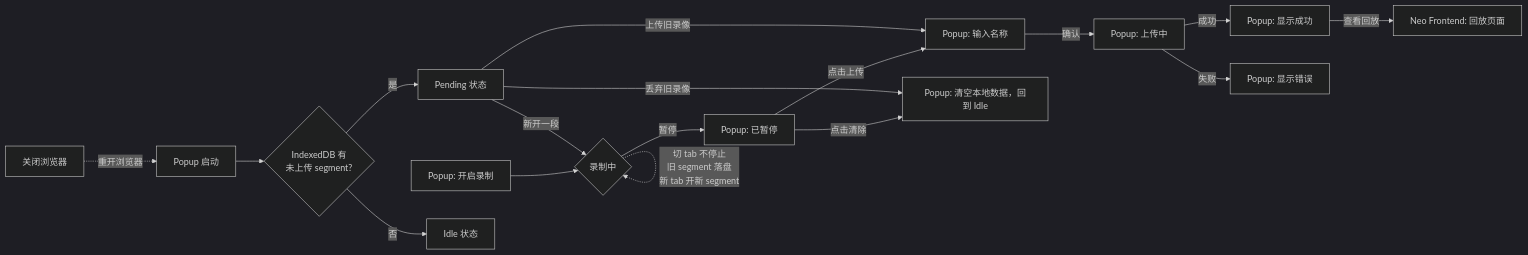
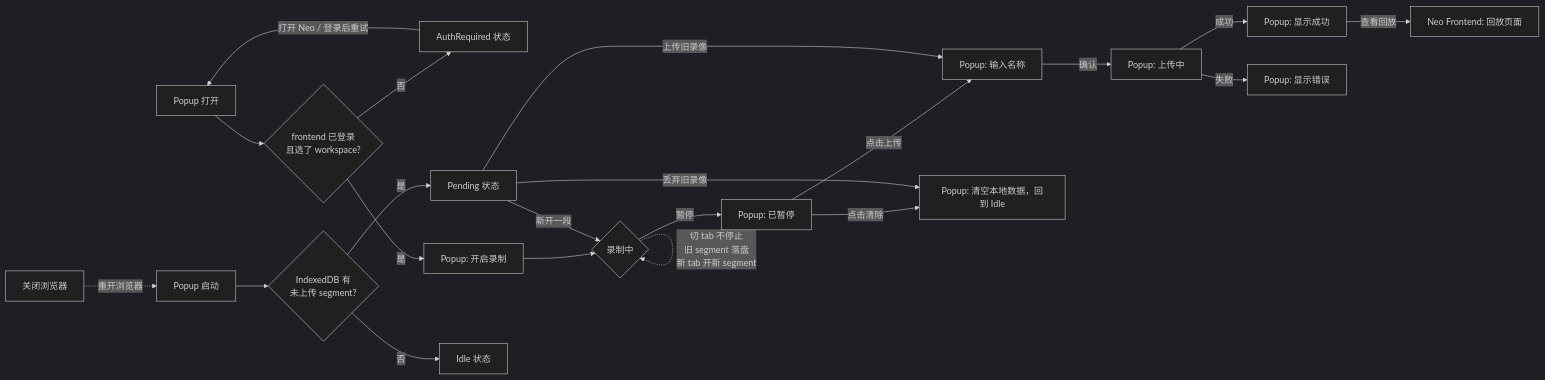
One commit to zhaoxin34/matrix changed the diagram in neo/design/docs/product/agent-steer/recording.md. Above: the diagram before and after it, drawn with Mermaid (dark theme). The commit also changed other lines of this file and 34 other files, not shown here.

````diff
--- a/neo/design/docs/product/agent-steer/recording.md
+++ b/neo/design/docs/product/agent-steer/recording.md
@@ -107,19 +108,23 @@
 ```mermaid
 flowchart LR
-    A[Popup: 开启录制] --> B{录制中}
+    A1[Popup 打开] --> A2{frontend 已登录<br/>且选了 workspace?}
+    A2 -->|否| Auth[AuthRequired 状态]
+    Auth -->|打开 Neo / 登录后重试| A1
+    A2 -->|是| A[Popup: 开启录制]
+    A --> B{录制中}
     B -->|暂停| C[Popup: 已暂停]
     C -->|点击上传| D[Popup: 输入名称]
     D -->|确认| E[Popup: 上传中]
     E -->|成功| F[Popup: 显示成功]
     F -->|查看回放| G[Neo Frontend: 回放页面]
     E -->|失败| H[Popup: 显示错误]
     C -->|点击清除| J[Popup: 清空本地数据，回到 Idle]
     B -.->|切 tab 不停止<br/>旧 segment 落盘<br/>新 tab 开新 segment| B
     K[关闭浏览器] -.->|重开浏览器| L[Popup 启动]
     L --> M{IndexedDB 有<br/>未上传 segment?}
     M -->|是| P[Pending 状态]
     M -->|否| I[Idle 状态]
     P -->|上传旧录像| D
     P -->|丢弃旧录像| J
     P -->|新开一段| B
 ```
````
